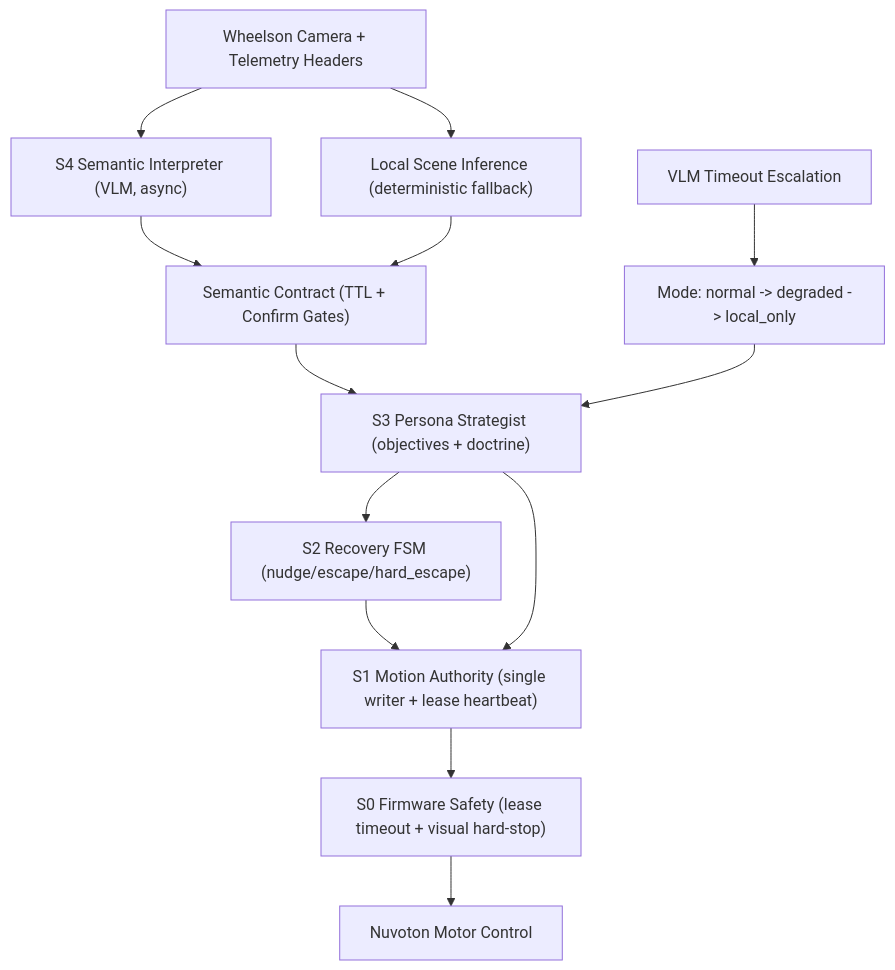
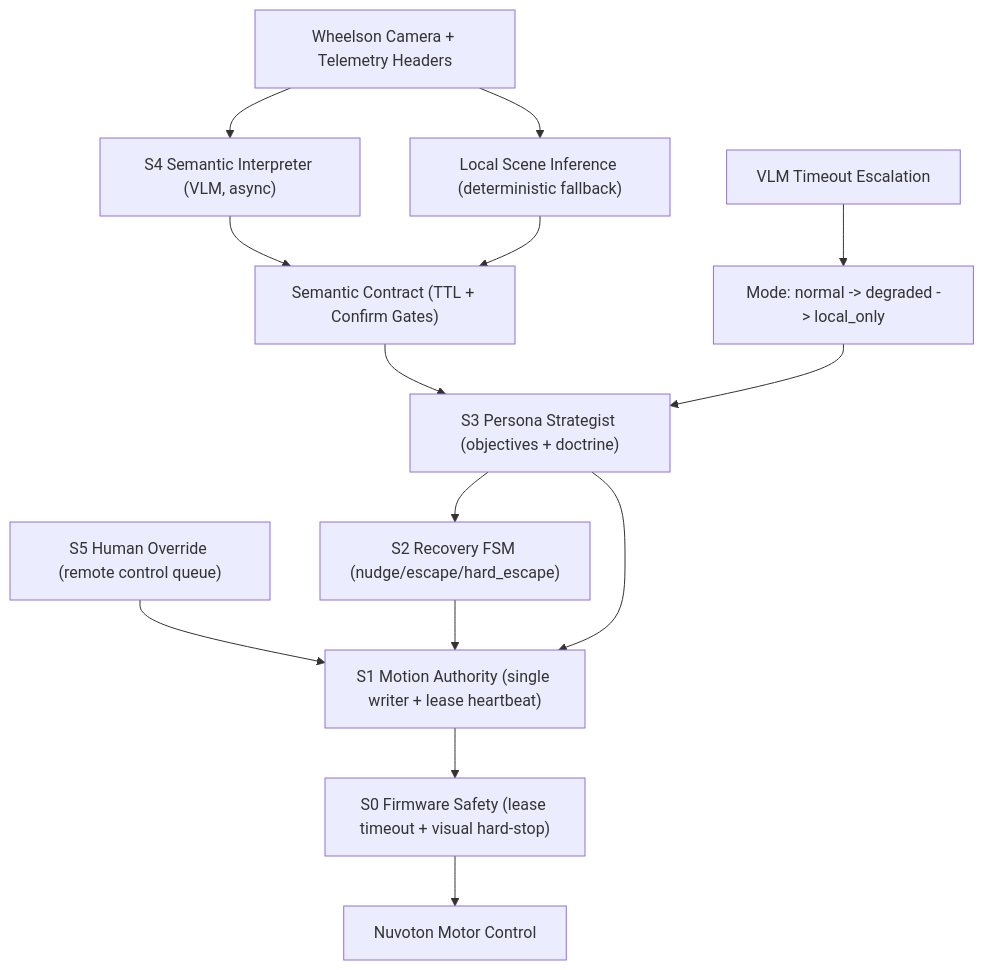
Before and after one commit to ejde/wheelson-explorer: the diagram in README.md, drawn with Mermaid. The commit also changed other lines of this file and 4 other files, not shown here.

````diff
--- a/README.md
+++ b/README.md
@@ -40,18 +47,19 @@
 ```mermaid
 flowchart TD
     CAM["Wheelson Camera + Telemetry Headers"] --> VLM["S4 Semantic Interpreter (VLM, async)"]
     CAM --> LSCENE["Local Scene Inference (deterministic fallback)"]
     VLM --> CONTRACT["Semantic Contract (TTL + Confirm Gates)"]
     LSCENE --> CONTRACT
 
+    HUMAN["S5 Human Override (remote control queue)"] --> AUTH
     CONTRACT --> STRAT["S3 Persona Strategist (objectives + doctrine)"]
     STRAT --> REC["S2 Recovery FSM (nudge/escape/hard_escape)"]
     REC --> AUTH["S1 Motion Authority (single writer + lease heartbeat)"]
     STRAT --> AUTH
 
     AUTH --> FW["S0 Firmware Safety (lease timeout + visual hard-stop)"]
     FW --> MOTORS["Nuvoton Motor Control"]
 
     TO["VLM Timeout Escalation"] --> MODE["Mode: normal -> degraded -> local_only"]
     MODE --> STRAT
 ```
````
